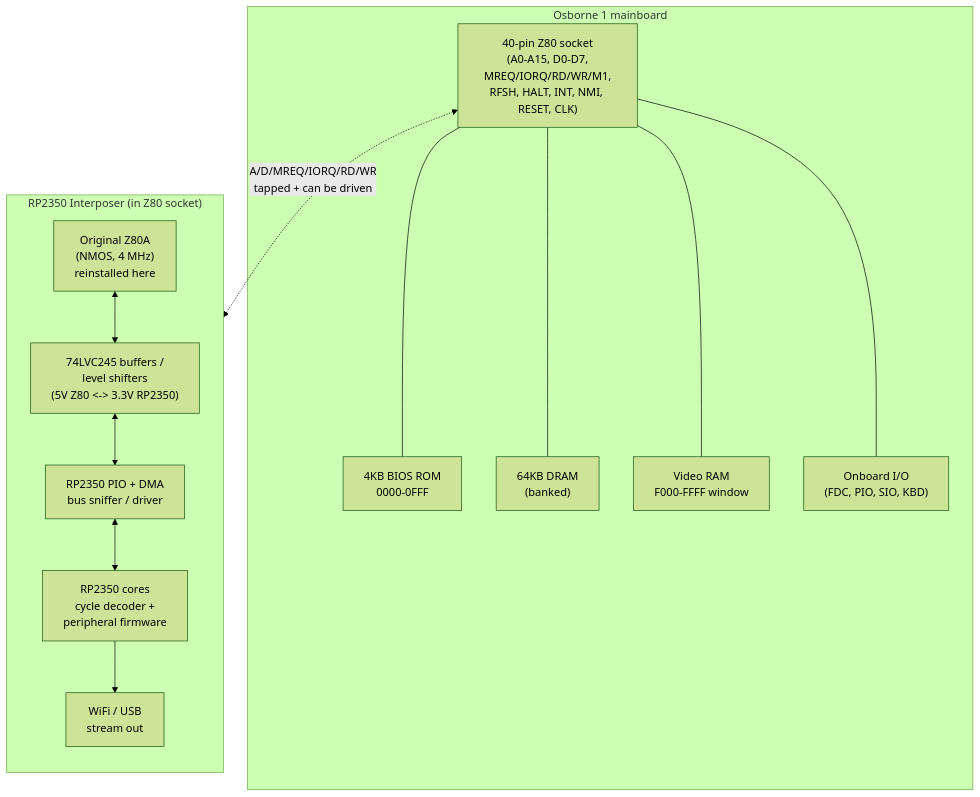
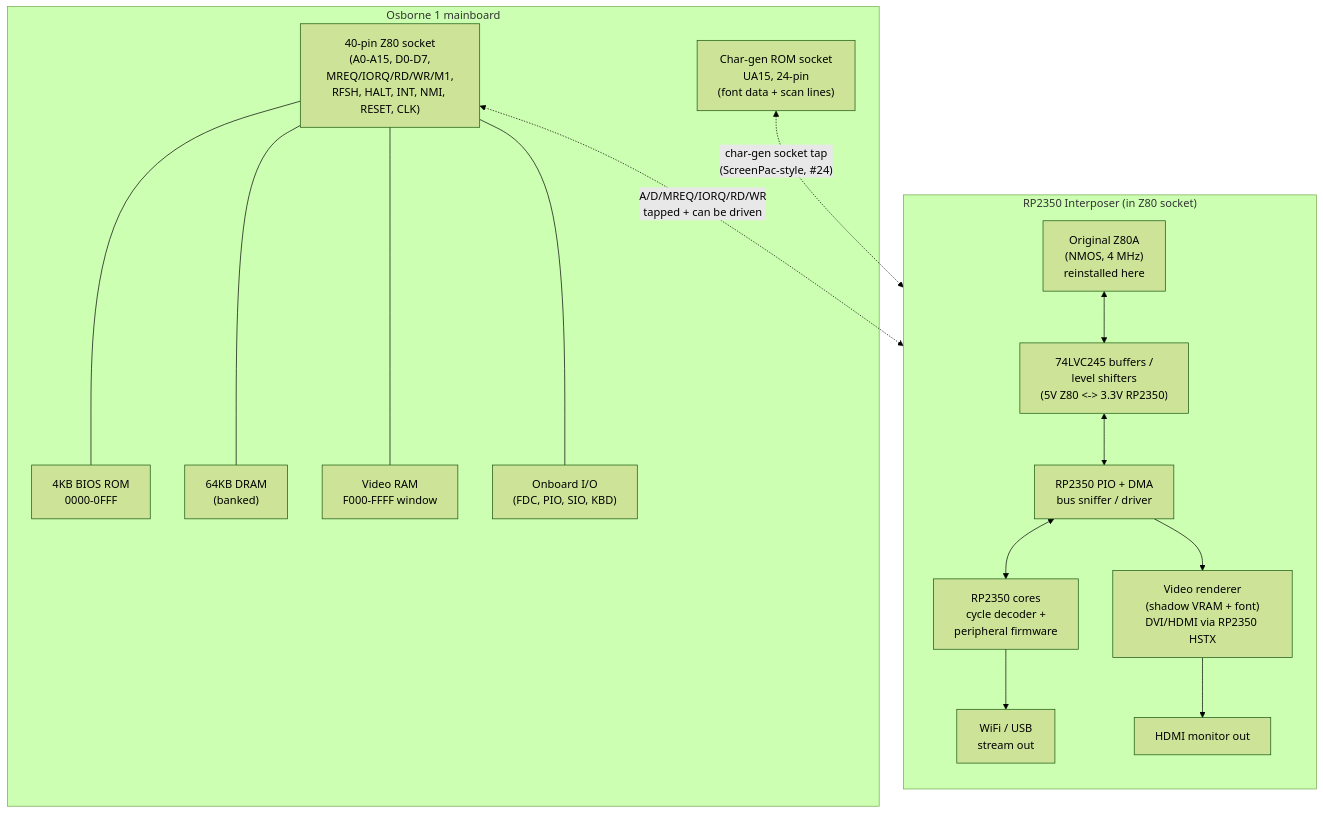
One commit to Myrcurial/o1nextgen changed the first of 4 diagrams in docs/virtual-peripherals-block-diagram.md. Above: the diagram before and after it, drawn with Mermaid (forest theme). The commit also changed other lines of this file and 4 other files, not shown here.

First line of the commit message:
docs: research archive README + provenance; add ScreenPac video/HDMI personality to block diagram

````diff
--- a/docs/virtual-peripherals-block-diagram.md
+++ b/docs/virtual-peripherals-block-diagram.md
@@ -13,23 +13,28 @@
 ```mermaid
 flowchart TB
     subgraph MB["Osborne 1 mainboard"]
         ZSKT["40-pin Z80 socket<br/>(A0-A15, D0-D7,<br/>MREQ/IORQ/RD/WR/M1,<br/>RFSH, HALT, INT, NMI, RESET, CLK)"]
         ROM["4KB BIOS ROM<br/>0000-0FFF"]
         RAM["64KB DRAM<br/>(banked)"]
         VRAM["Video RAM<br/>F000-FFFF window"]
         IO["Onboard I/O<br/>(FDC, PIO, SIO, KBD)"]
+        CG["Char-gen ROM socket<br/>UA15, 24-pin<br/>(font data + scan lines)"]
         ZSKT --- ROM & RAM & VRAM & IO
     end
 
     subgraph INTP["RP2350 Interposer (in Z80 socket)"]
         direction TB
         Z80["Original Z80A<br/>(NMOS, 4 MHz)<br/>reinstalled here"]
         BUF["74LVC245 buffers /<br/>level shifters<br/>(5V Z80 <-> 3.3V RP2350)"]
         PIO["RP2350 PIO + DMA<br/>bus sniffer / driver"]
         MCU["RP2350 cores<br/>cycle decoder +<br/>peripheral firmware"]
         WIFI["WiFi / USB<br/>stream out"]
+        VID["Video renderer<br/>(shadow VRAM + font)<br/>DVI/HDMI via RP2350 HSTX"]
+        HDMI["HDMI monitor out"]
         Z80 <--> BUF <--> PIO <--> MCU --> WIFI
+        PIO --> VID --> HDMI
     end
 
     ZSKT <-."A/D/MREQ/IORQ/RD/WR<br/>tapped + can be driven".-> BUF
+    CG <-."char-gen socket tap<br/>(ScreenPac-style, #24)".-> VID
 ```
````
